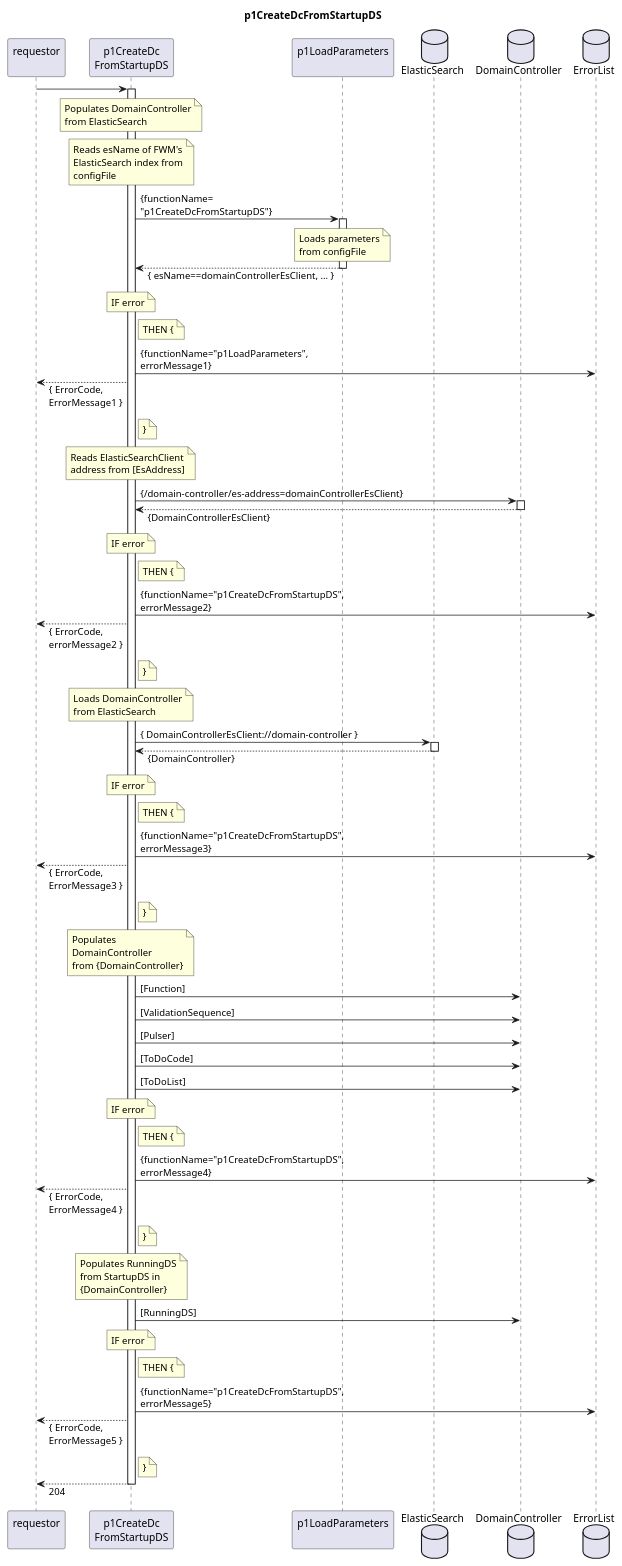
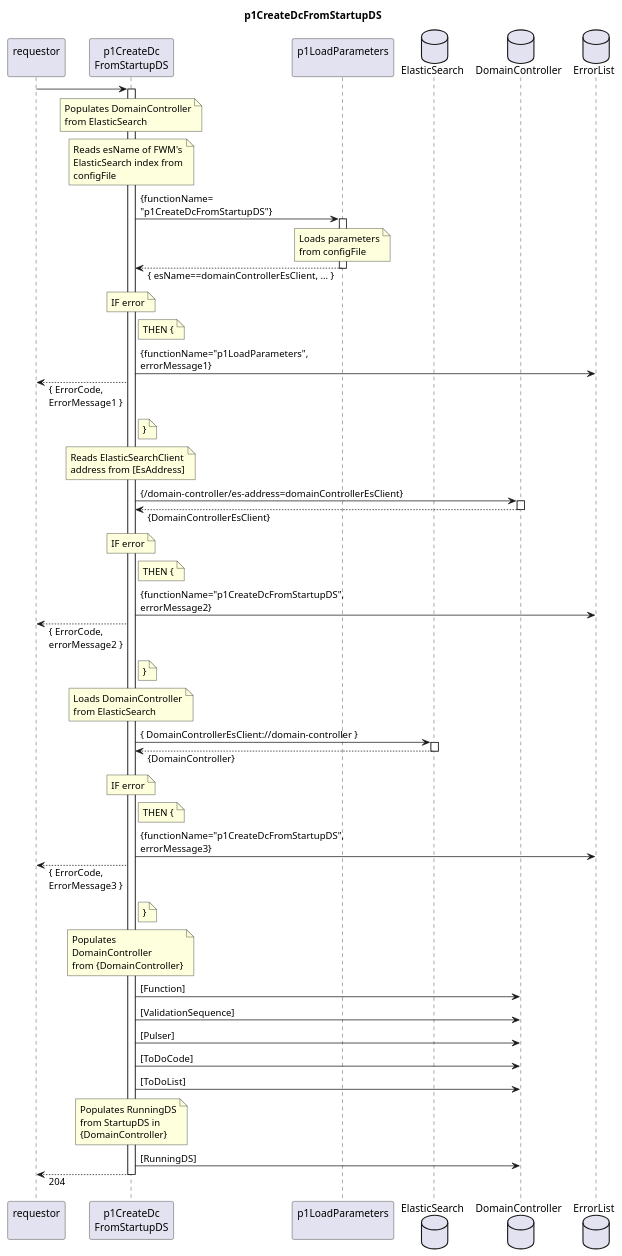
One commit to openBackhaul/FirmWareManager changed the diagram in spec/Functions/Administrative/p1CreateDcFromStartupDS/1.0.0/p1CreateDcFromStartupDS.plantuml. Above: the diagram before and after it, drawn with PlantUML. The commit also changed 32 other files, not shown here.

Commit message:
Finalize sequence diagram of InterpretationFunctions

```diff
--- a/spec/Functions/Administrative/p1CreateDcFromStartupDS/1.0.0/p1CreateDcFromStartupDS.plantuml
+++ b/spec/Functions/Administrative/p1CreateDcFromStartupDS/1.0.0/p1CreateDcFromStartupDS.plantuml
@@ -1,130 +1,108 @@
 @startuml p1CreateDcFromStartupDS
 skinparam responseMessageBelowArrow true
 
 title
   p1CreateDcFromStartupDS
 end title
 
 participant "requestor\n" as requestor
 participant "p1CreateDc\nFromStartupDS" as p1CDCFS
 participant "p1LoadParameters\n" as p1LP
 database "ElasticSearch" as StartDS
 database "DomainController" as DC
 database "ErrorList" as hEL
 
 requestor -> p1CDCFS
 activate p1CDCFS
   note over p1CDCFS
     Populates DomainController
     from ElasticSearch
   end note
 
   note over p1CDCFS
     Reads esName of FWM's
     ElasticSearch index from
     configFile
   end note
-  p1CDCFS -> p1LP : {functionName=\n"p1CreateDcFromStartupDS"}
+  p1CDCFS -> p1LP: {functionName=\n"p1CreateDcFromStartupDS"}
   activate p1LP
     note over p1LP
       Loads parameters
       from configFile
     end note
   p1CDCFS <-- p1LP : { esName==domainControllerEsClient, ... }
   deactivate p1LP
   note over p1CDCFS
     IF error
   end note
   note right p1CDCFS
     THEN {
   end note
-  p1CDCFS -> hEL : {functionName="p1LoadParameters",\nerrorMessage1}
+  p1CDCFS -> hEL: {functionName="p1LoadParameters",\nerrorMessage1}
   requestor <-- p1CDCFS : { ErrorCode,\nErrorMessage1 }
   note right p1CDCFS
     }
   end note
 
   note over p1CDCFS
     Reads ElasticSearchClient
     address from [EsAddress]
   end note
   p1CDCFS -> DC: {/domain-controller/es-address=domainControllerEsClient}
   activate DC
   p1CDCFS <-- DC: {DomainControllerEsClient}
   deactivate DC
   note over p1CDCFS
     IF error
   end note
   note right p1CDCFS
     THEN {
   end note
-  p1CDCFS -> hEL : {functionName="p1CreateDcFromStartupDS",\nerrorMessage2}
+  p1CDCFS -> hEL: {functionName="p1CreateDcFromStartupDS",\nerrorMessage2}
   requestor <-- p1CDCFS : { ErrorCode,\nerrorMessage2 }
   note right p1CDCFS
     }
   end note
 
   note over p1CDCFS
     Loads DomainController
     from ElasticSearch
   end note
   p1CDCFS -> StartDS: { DomainControllerEsClient://domain-controller }
   activate StartDS
   p1CDCFS <-- StartDS: {DomainController}
   deactivate StartDS
   note over p1CDCFS
     IF error
   end note
   note right p1CDCFS
     THEN {
   end note
-  p1CDCFS -> hEL : {functionName="p1CreateDcFromStartupDS",\nerrorMessage3}
+  p1CDCFS -> hEL: {functionName="p1CreateDcFromStartupDS",\nerrorMessage3}
   requestor <-- p1CDCFS : { ErrorCode,\nErrorMessage3 }
   note right p1CDCFS
     }
   end note
 
   note over p1CDCFS
     Populates
     DomainController
     from {DomainController}
   end note
   p1CDCFS -> DC: [Function]
   p1CDCFS -> DC: [ValidationSequence]
   p1CDCFS -> DC: [Pulser]
   p1CDCFS -> DC: [ToDoCode]
   p1CDCFS -> DC: [ToDoList]
-  note over p1CDCFS
-    IF error
-  end note
-  note right p1CDCFS
-    THEN {
-  end note
-  p1CDCFS -> hEL : {functionName="p1CreateDcFromStartupDS",\nerrorMessage4}
-  requestor <-- p1CDCFS : { ErrorCode,\nErrorMessage4 }
-  note right p1CDCFS
-    }
-  end note
 
   note over p1CDCFS
     Populates RunningDS
     from StartupDS in
     {DomainController}
   end note
   p1CDCFS -> DC: [RunningDS]
-  note over p1CDCFS
-    IF error
-  end note
-  note right p1CDCFS
-    THEN {
-  end note
-  p1CDCFS -> hEL : {functionName="p1CreateDcFromStartupDS",\nerrorMessage5}
-  requestor <-- p1CDCFS : { ErrorCode,\nErrorMessage5 }
-  note right p1CDCFS
-    }
-  end note
 
 requestor <-- p1CDCFS: 204
 deactivate p1CDCFS
 
 @enduml
```
